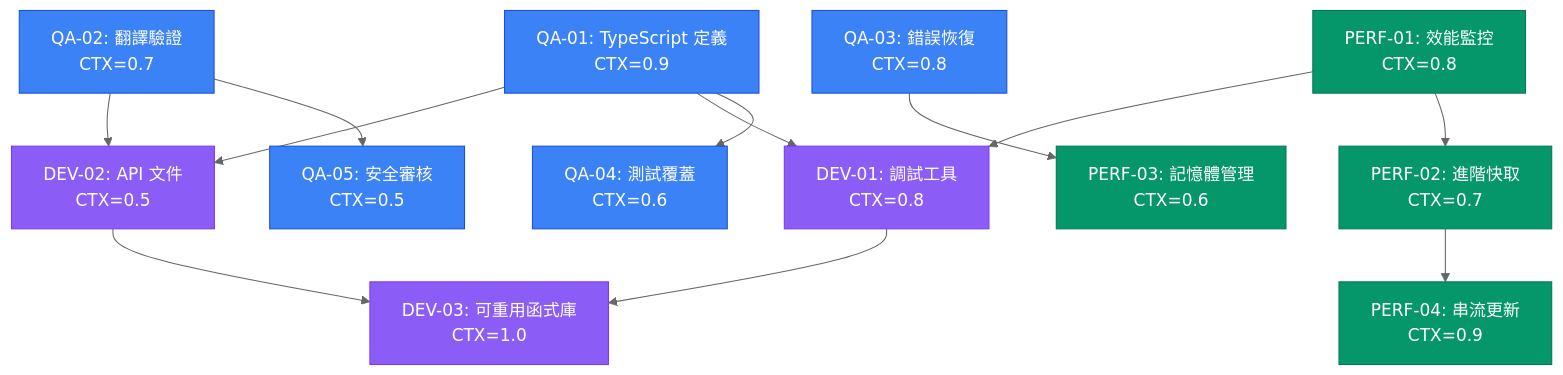
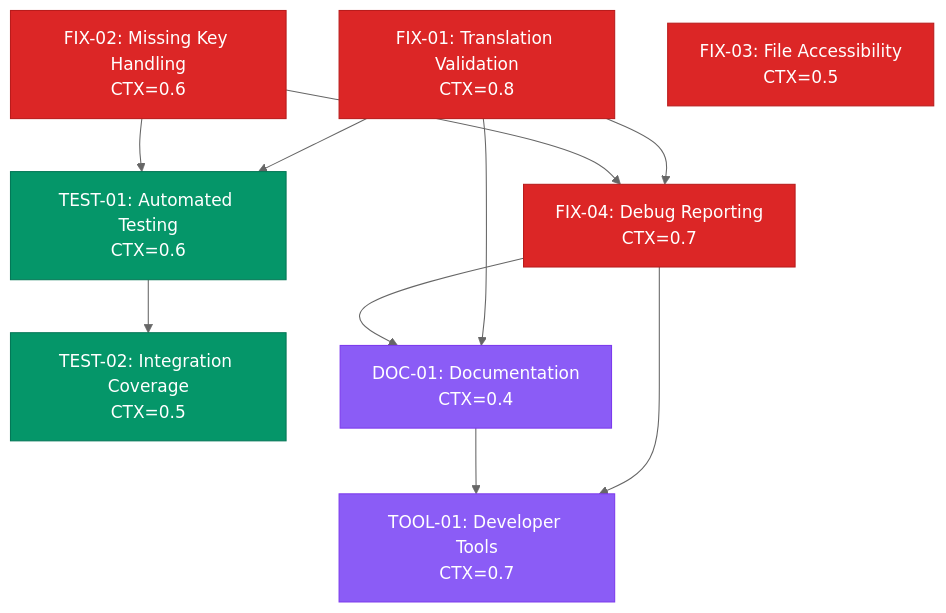
Before and after one commit to iim0663418/DB-Card: the diagram in docs/tasks.md, drawn with Mermaid (neutral theme). The commit also changed other lines of this file and 20 other files, not shown here.

````diff
--- a/docs/tasks.md
+++ b/docs/tasks.md
@@ -77,39 +81,32 @@
 ```mermaid
 graph TD
-    QA01[QA-01: TypeScript 定義<br/>CTX=0.9] 
-    QA02[QA-02: 翻譯驗證<br/>CTX=0.7]
-    QA03[QA-03: 錯誤恢復<br/>CTX=0.8]
-    QA04[QA-04: 測試覆蓋<br/>CTX=0.6]
-    QA05[QA-05: 安全審核<br/>CTX=0.5]
+    FIX01[FIX-01: Translation Validation<br/>CTX=0.8] 
+    FIX02[FIX-02: Missing Key Handling<br/>CTX=0.6]
+    FIX03[FIX-03: File Accessibility<br/>CTX=0.5]
+    FIX04[FIX-04: Debug Reporting<br/>CTX=0.7]
     
-    PERF01[PERF-01: 效能監控<br/>CTX=0.8]
-    PERF02[PERF-02: 進階快取<br/>CTX=0.7]
-    PERF03[PERF-03: 記憶體管理<br/>CTX=0.6]
-    PERF04[PERF-04: 串流更新<br/>CTX=0.9]
+    TEST01[TEST-01: Automated Testing<br/>CTX=0.6]
+    TEST02[TEST-02: Integration Coverage<br/>CTX=0.5]
     
-    DEV01[DEV-01: 調試工具<br/>CTX=0.8]
-    DEV02[DEV-02: API 文件<br/>CTX=0.5]
-    DEV03[DEV-03: 可重用函式庫<br/>CTX=1.0]
+    DOC01[DOC-01: Documentation<br/>CTX=0.4]
+    TOOL01[TOOL-01: Developer Tools<br/>CTX=0.7]
     
-    QA01 --> QA04
-    QA02 --> QA05
-    QA03 --> PERF03
+    FIX01 --> FIX04
+    FIX02 --> FIX04
+    FIX01 --> TEST01
+    FIX02 --> TEST01
+    TEST01 --> TEST02
     
-    PERF01 --> PERF02
-    PERF02 --> PERF04
+    FIX01 --> DOC01
+    FIX04 --> DOC01
+    FIX04 --> TOOL01
+    DOC01 --> TOOL01
     
-    QA01 --> DEV01
-    PERF01 --> DEV01
-    QA01 --> DEV02
-    QA02 --> DEV02
-    DEV01 --> DEV03
-    DEV02 --> DEV03
+    classDef fix fill:#dc2626,stroke:#b91c1c,color:#fff
+    classDef test fill:#059669,stroke:#047857,color:#fff  
+    classDef doc fill:#8b5cf6,stroke:#7c3aed,color:#fff
     
-    classDef qa fill:#3b82f6,stroke:#1d4ed8,color:#fff
-    classDef perf fill:#059669,stroke:#047857,color:#fff  
-    classDef dev fill:#8b5cf6,stroke:#7c3aed,color:#fff
-    
-    class QA01,QA02,QA03,QA04,QA05 qa
-    class PERF01,PERF02,PERF03,PERF04 perf
-    class DEV01,DEV02,DEV03 dev
+    class FIX01,FIX02,FIX03,FIX04 fix
+    class TEST01,TEST02 test
+    class DOC01,TOOL01 doc
 ```
````
